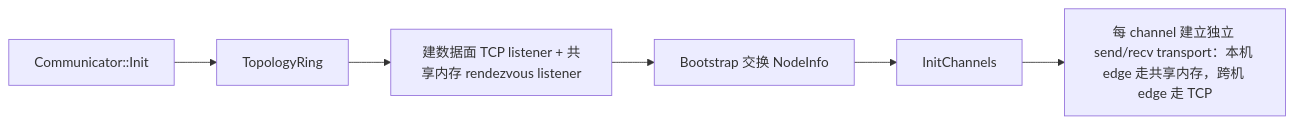
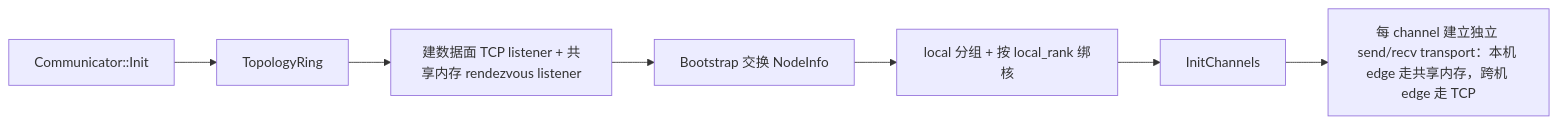
The diagram in docs/layers/communicator.md (qichen1336/OriginCCL), drawn with Mermaid before and after one commit. The commit also changed other lines of this file and 3 other files, not shown here.

Commit message:
pin process to cpu by local rank

````diff
--- a/docs/layers/communicator.md
+++ b/docs/layers/communicator.md
@@ -9,8 +9,9 @@
 ```mermaid
 flowchart LR
     A[Communicator::Init] --> B[TopologyRing]
     B --> L[建数据面 TCP listener + 共享内存 rendezvous listener]
     L --> C[Bootstrap 交换 NodeInfo]
-    C --> D[InitChannels]
+    C --> P[local 分组 + 按 local_rank 绑核]
+    P --> D[InitChannels]
     D --> E[每 channel 建立独立 send/recv transport：本机 edge 走共享内存，跨机 edge 走 TCP]
 ```
````
